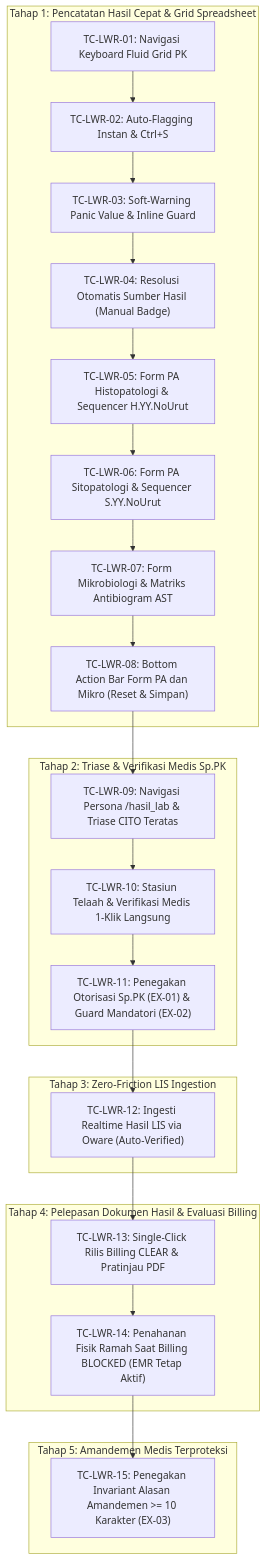
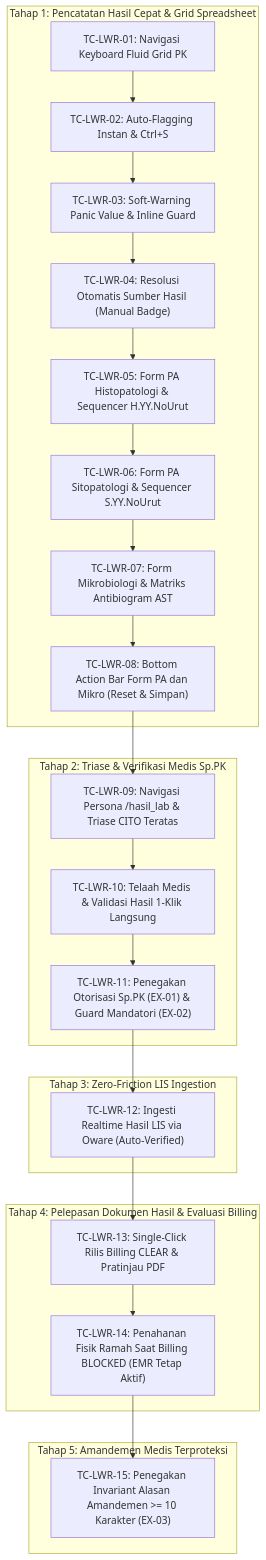
Before and after one commit to smart-ics/b09-bilreg-api: the diagram in docs/contexts/lab/OC-LAB-HASIL-LAB-WORKBENCH-TEST-PACKAGE.md, drawn with Mermaid. The commit also changed other lines of this file and 9 other files, not shown here.

Commit message:
feat(lab): add slide number scaffold and update result workbench architecture and execution docs

````diff
--- a/docs/contexts/lab/OC-LAB-HASIL-LAB-WORKBENCH-TEST-PACKAGE.md
+++ b/docs/contexts/lab/OC-LAB-HASIL-LAB-WORKBENCH-TEST-PACKAGE.md
@@ -117,31 +117,31 @@
 ```mermaid
 flowchart TD
     subgraph Tahap 1: Pencatatan Hasil Cepat & Grid Spreadsheet
         TC01["TC-LWR-01: Navigasi Keyboard Fluid Grid PK"] --> TC02["TC-LWR-02: Auto-Flagging Instan & Ctrl+S"]
         TC02 --> TC03["TC-LWR-03: Soft-Warning Panic Value & Inline Guard"]
         TC03 --> TC04["TC-LWR-04: Resolusi Otomatis Sumber Hasil (Manual Badge)"]
         TC04 --> TC05["TC-LWR-05: Form PA Histopatologi & Sequencer H.YY.NoUrut"]
         TC05 --> TC06["TC-LWR-06: Form PA Sitopatologi & Sequencer S.YY.NoUrut"]
         TC06 --> TC07["TC-LWR-07: Form Mikrobiologi & Matriks Antibiogram AST"]
         TC07 --> TC08["TC-LWR-08: Bottom Action Bar Form PA dan Mikro (Reset & Simpan)"]
     end
 
     subgraph Tahap 2: Triase & Verifikasi Medis Sp.PK
         TC08 --> TC09["TC-LWR-09: Navigasi Persona /hasil_lab & Triase CITO Teratas"]
-        TC09 --> TC10["TC-LWR-10: Stasiun Telaah & Verifikasi Medis 1-Klik Langsung"]
+        TC09 --> TC10["TC-LWR-10: Telaah Medis & Validasi Hasil 1-Klik Langsung"]
         TC10 --> TC11["TC-LWR-11: Penegakan Otorisasi Sp.PK (EX-01) & Guard Mandatori (EX-02)"]
     end
 
     subgraph Tahap 3: Zero-Friction LIS Ingestion
         TC11 --> TC12["TC-LWR-12: Ingesti Realtime Hasil LIS via Oware (Auto-Verified)"]
     end
 
     subgraph Tahap 4: Pelepasan Dokumen Hasil & Evaluasi Billing
         TC12 --> TC13["TC-LWR-13: Single-Click Rilis Billing CLEAR & Pratinjau PDF"]
         TC13 --> TC14["TC-LWR-14: Penahanan Fisik Ramah Saat Billing BLOCKED (EMR Tetap Aktif)"]
     end
 
     subgraph Tahap 5: Amandemen Medis Terproteksi
         TC14 --> TC15["TC-LWR-15: Penegakan Invariant Alasan Amandemen >= 10 Karakter (EX-03)"]
     end
 ```
````
